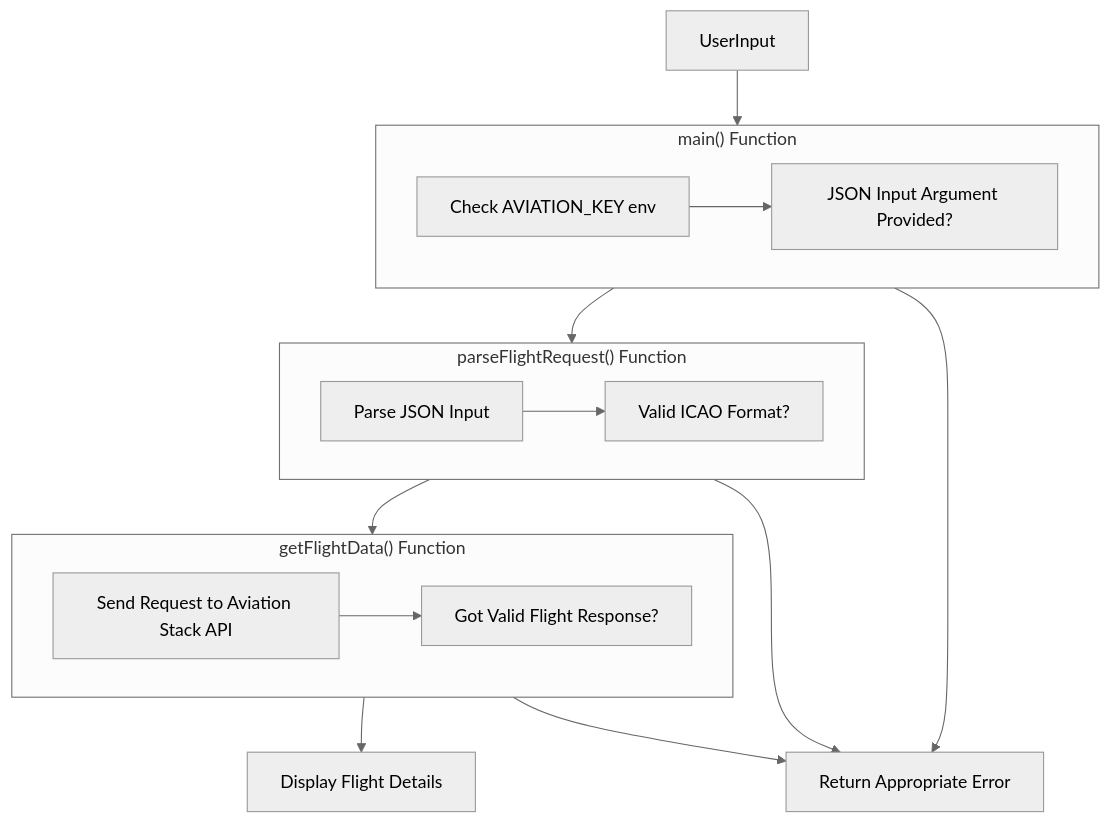
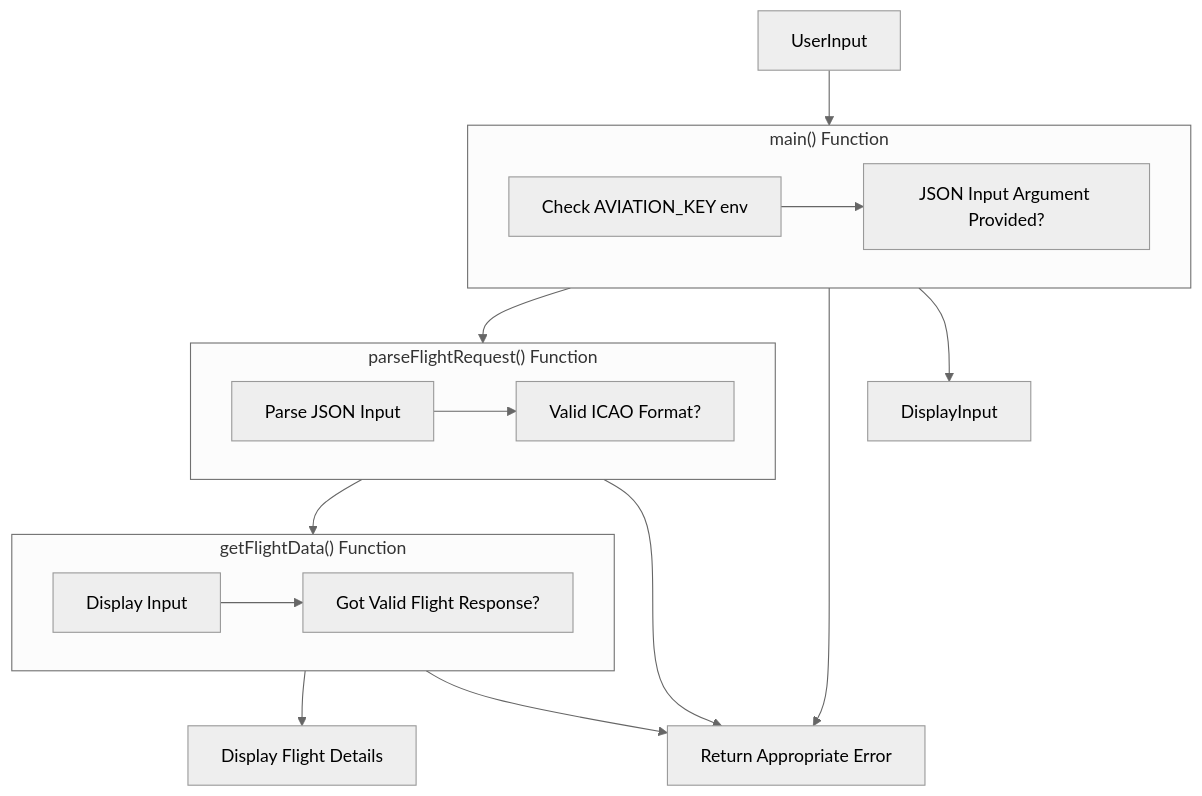
One commit to ThomasJohnCameron/Flight-Information-Fetcher changed the diagram in README.md. Above: the diagram before and after it, drawn with Mermaid (neutral theme).

Commit message:
Update README.md
I wanted to display input logging in the mermaid graph.

````diff
--- a/README.md
+++ b/README.md
@@ -59,35 +59,39 @@
 ```mermaid
 flowchart TD
 
 A[UserInput] --> main
 
 subgraph main["main() Function"]
 direction LR
     B[Check AVIATION_KEY env] --> C
     C[JSON Input Argument Provided?]
 end
 
 subgraph parseFlightRequest["parseFlightRequest() Function"]
 direction LR
     D[Parse JSON Input] --> E
     E[Valid ICAO Format?]
 end
 
 subgraph getFlightData["getFlightData() Function"]
 direction LR
     F[Send Request to Aviation Stack API] --> G
     G[Got Valid Flight Response?]
 end
 
 H[Display Flight Details]
 
 Z[Return Appropriate Error]
 
+F[Display Input]
+
 main --> parseFlightRequest --> getFlightData --> H
 
 main --> Z
 
 parseFlightRequest --> Z
 
 getFlightData --> Z
+
+main --> DisplayInput
 ```
````
